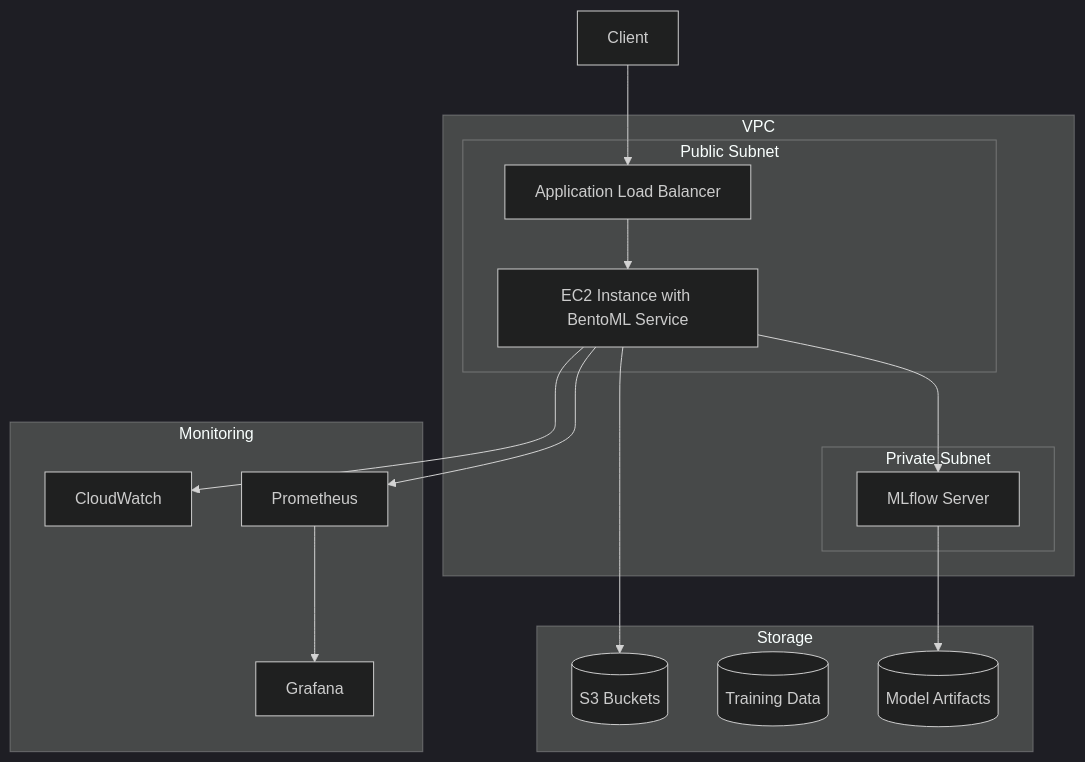
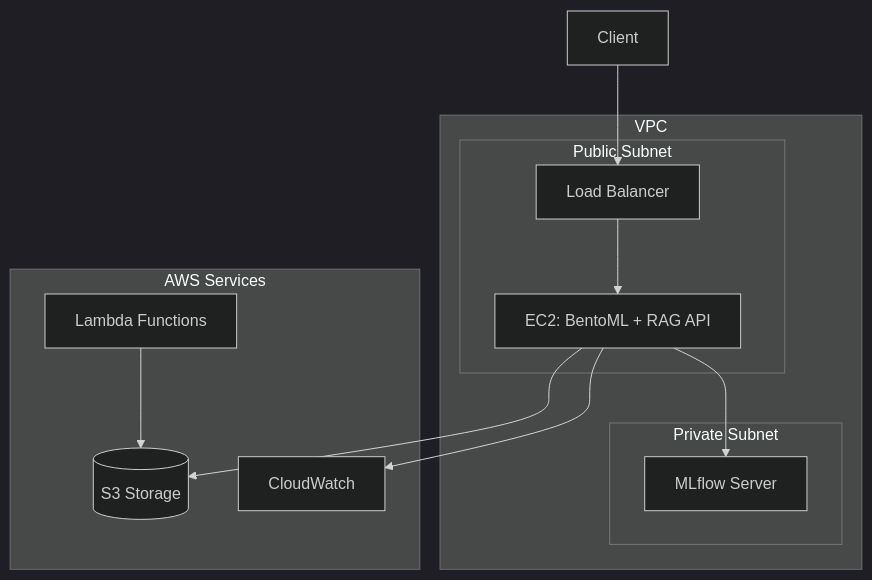
One commit to uma1r111/MLOps-ENERGY-Project changed the second of 3 diagrams in README.md. Above: the diagram before and after it, drawn with Mermaid (dark theme). The commit also changed other lines of this file and 3 other files, not shown here.

````diff
--- a/README.md
+++ b/README.md
@@ -175,34 +202,26 @@
 ```mermaid
 graph TB
     subgraph VPC
-        subgraph Public Subnet
-            ALB[Application Load Balancer]
-            EC2[EC2 Instance with BentoML Service]
+        subgraph "Public Subnet"
+            ALB[Load Balancer]
+            EC2[EC2: BentoML + RAG API]
         end
         
-        subgraph Private Subnet
+        subgraph "Private Subnet"
             MLflow[MLflow Server]
         end
     end
     
-    subgraph Storage
-        S3[(S3 Buckets)]
-        S3_Data[(Training Data)]
-        S3_Models[(Model Artifacts)]
-    end
-    
-    subgraph Monitoring
+    subgraph "AWS Services"
+        S3[(S3 Storage)]
+        Lambda[Lambda Functions]
         CW[CloudWatch]
-        Prom[Prometheus]
-        Graf[Grafana]
     end
     
     Client-->ALB
     ALB-->EC2
     EC2-->S3
     EC2-->MLflow
     EC2-->CW
-    MLflow-->S3_Models
-    EC2-->Prom
-    Prom-->Graf
+    Lambda-->S3
 ```
````
